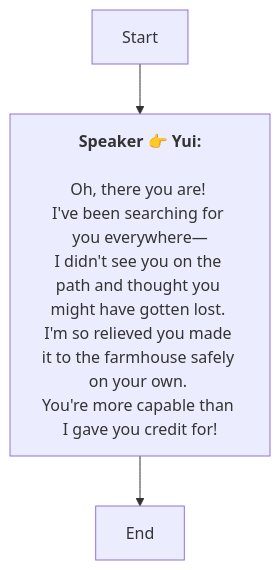
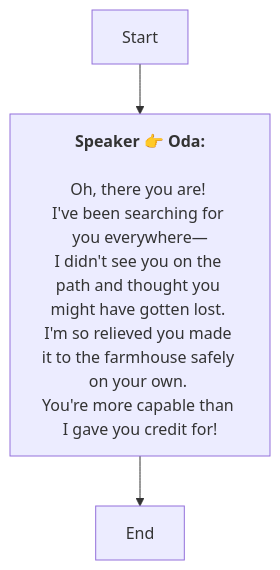
One commit to SoftHu/tos_avg changed the diagram in En/QuestTalkObjectiveNode_1769056606590075.md. Above: the diagram before and after it, drawn with Mermaid. The commit also changed 737 other files, not shown here.

````diff
--- a/En/QuestTalkObjectiveNode_1769056606590075.md
+++ b/En/QuestTalkObjectiveNode_1769056606590075.md
@@ -1,12 +1,9 @@
 ```mermaid
 graph
-Start -->1769057303517310[<b>Speaker 👉 Yui:</b>
-
-Oh, there you are! 
-I've been searching for you everywhere—
-I didn't see you on the path and thought you might have gotten lost. 
-I'm so relieved you made it to the farmhouse safely on your own. 
+Start -->1769057303517310[<b>Speaker 👉 Oda:</b>
+\nOh, there you are! 
+I've been searching for you everywhere—\nI didn't see you on the path and thought you might have gotten lost. \nI'm so relieved you made it to the farmhouse safely on your own. 
 You're more capable than I gave you credit for!]
 1769057303517310 -->1769057717001343[End]
 
- ```
+```
````
